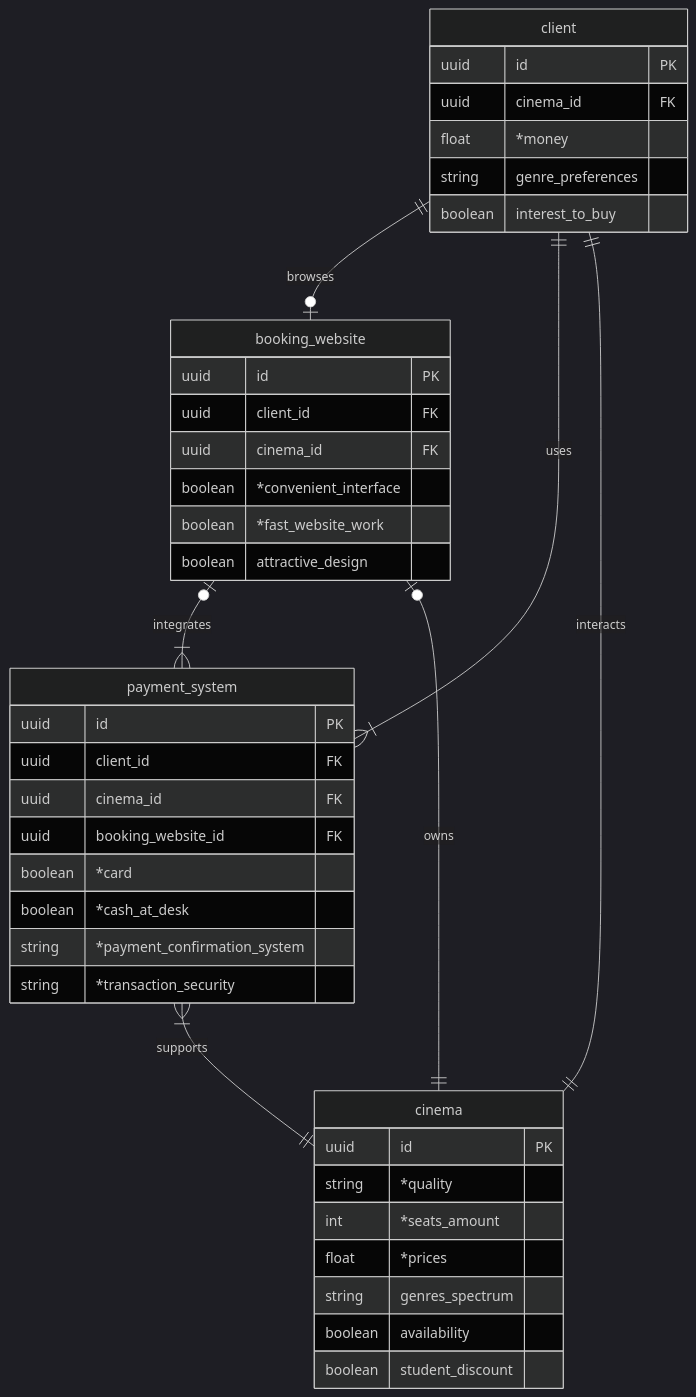
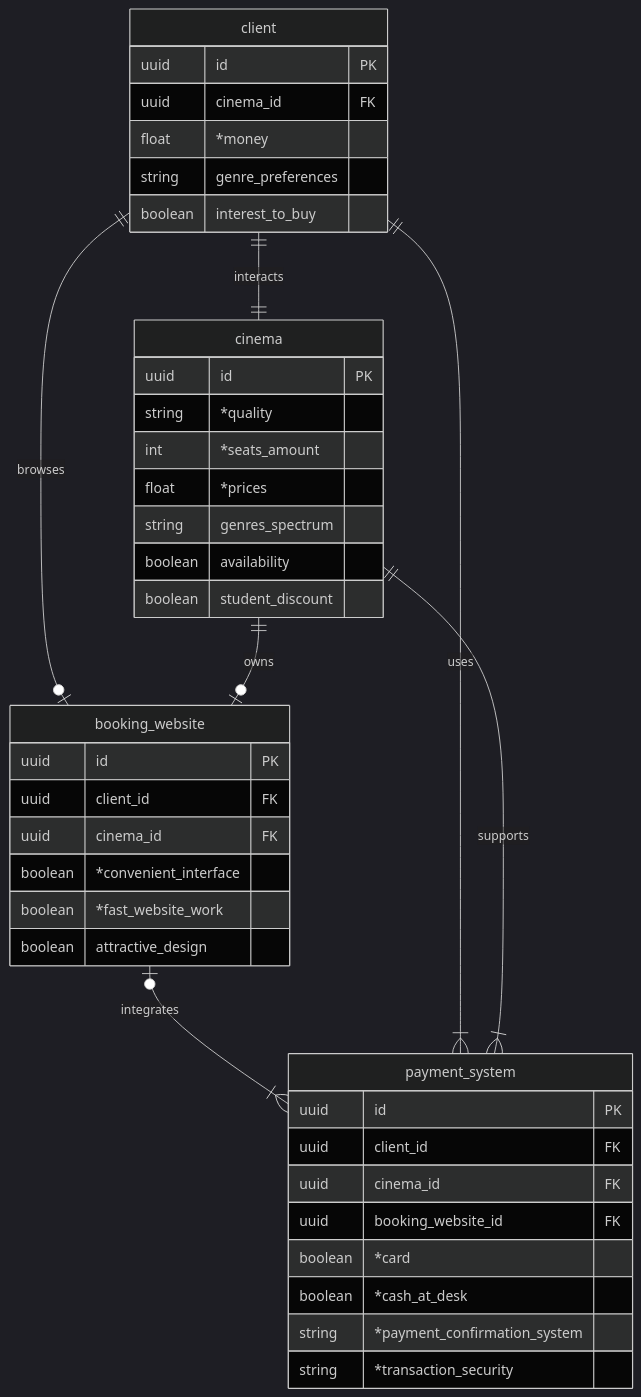
One commit to Cheburek534/KPI2_labs changed the diagram in Lab1/model.mmd. Above: the diagram before and after it, drawn with Mermaid (dark theme).

Commit message:
Visual final update ER-model(AI)

```diff
--- a/Lab1/model.mmd
+++ b/Lab1/model.mmd
@@ -1,45 +1,42 @@
 erDiagram
-    %% Будуємо периметр
-    client ||--o| booking_website : browses
-    booking_website o|--|{ payment_system : integrates
-    payment_system }|--|| cinema : supports
-    cinema ||--|| client : interacts
-
-    %% Додаємо внутрішні перехресні зв'язки
-    client ||--|{ payment_system : uses
-    cinema ||--o| booking_website : owns
-
     client {
         uuid id PK
         uuid cinema_id FK
         float *money
         string genre_preferences
         boolean interest_to_buy
     }
-    cinema {
+    booking_website {
         uuid id PK
-        string *quality
-        int *seats_amount
-        float *prices
-        string genres_spectrum
-        boolean availability
-        boolean student_discount
+        uuid client_id FK
+        uuid cinema_id FK
+        boolean *convenient_interface
+        boolean *fast_website_work
+        boolean attractive_design
     }
     payment_system {
         uuid id PK
         uuid client_id FK
         uuid cinema_id FK
         uuid booking_website_id FK
         boolean *card
         boolean *cash_at_desk
         string *payment_confirmation_system
         string *transaction_security
     }
-    booking_website {
+    cinema {
         uuid id PK
-        uuid client_id FK
-        uuid cinema_id FK
-        boolean *convenient_interface
-        boolean *fast_website_work
-        boolean attractive_design
+        string *quality
+        int *seats_amount
+        float *prices
+        string genres_spectrum
+        boolean availability
+        boolean student_discount
     }
+
+    client ||--o| booking_website : browses
+    cinema ||--o| booking_website : owns
+    booking_website o|--|{ payment_system : integrates
+    client ||--|{ payment_system : uses
+    cinema ||--|{ payment_system : supports
+    client ||--|| cinema : interacts
```
